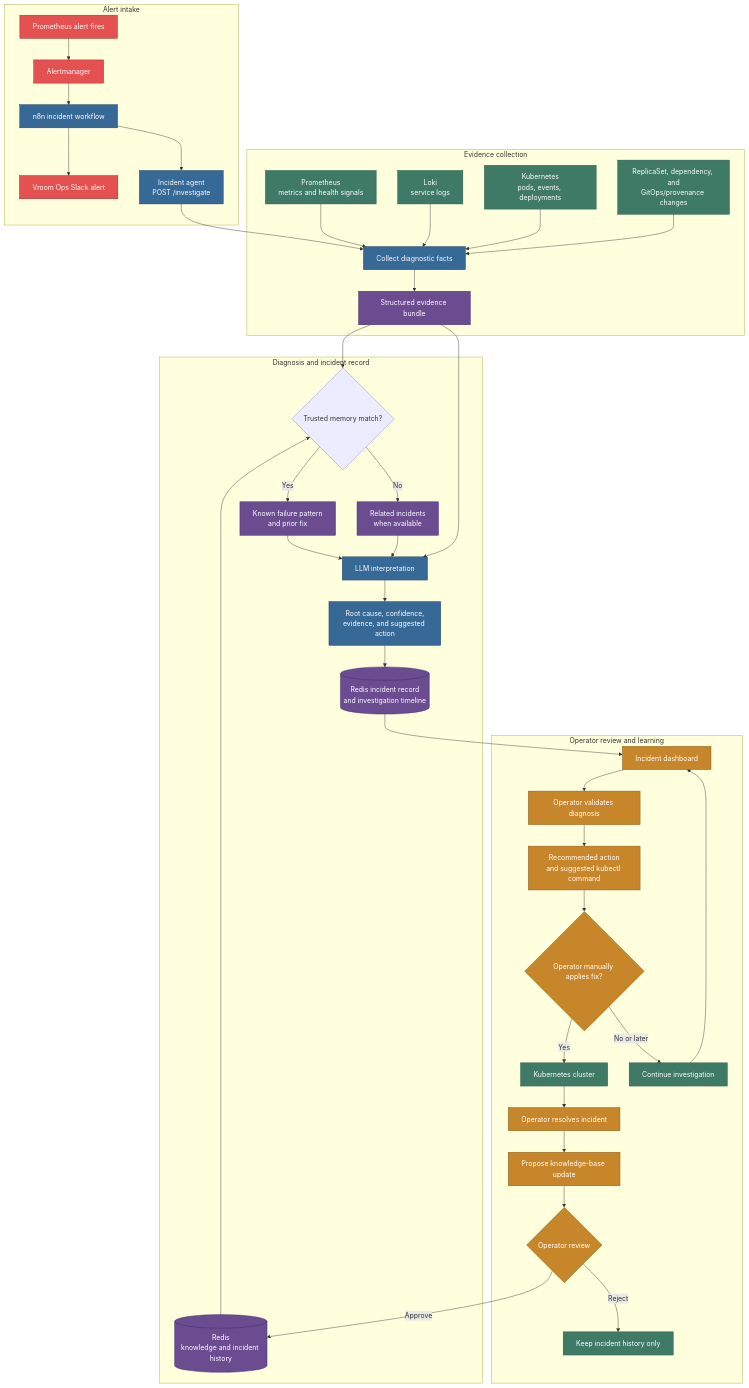
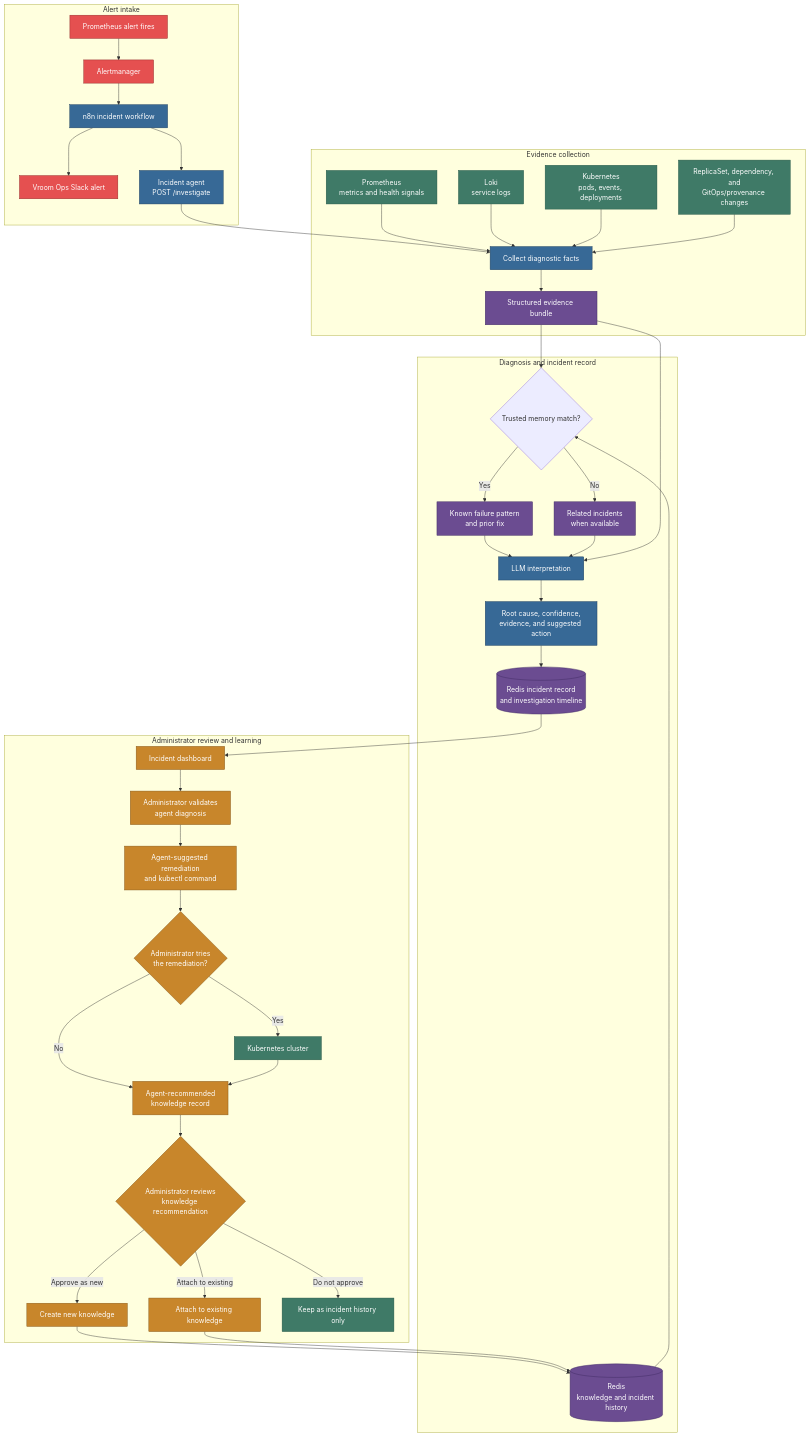
The second of 2 diagrams in README.md (Ama2352/vroom-services), drawn with Mermaid before and after one commit. The commit also changed other lines of this file, not shown here.

Commit message:
docs: update incident diagnosis process and administrator review flow in README.md

````diff
--- a/README.md
+++ b/README.md
@@ -140,57 +141,58 @@
 ```mermaid
 flowchart TB
     subgraph Alerting["Alert intake"]
         Prometheus["Prometheus alert fires"] --> Alertmanager["Alertmanager"]
         Alertmanager --> N8n["n8n incident workflow"]
         N8n --> Slack["Vroom Ops Slack alert"]
         N8n --> Agent["Incident agent<br/>POST /investigate"]
     end
 
     subgraph Evidence["Evidence collection"]
         Agent --> Collect["Collect diagnostic facts"]
         Metrics["Prometheus<br/>metrics and health signals"] --> Collect
         Logs["Loki<br/>service logs"] --> Collect
         Kubernetes["Kubernetes<br/>pods, events, deployments"] --> Collect
         Changes["ReplicaSet, dependency, and<br/>GitOps/provenance changes"] --> Collect
         Collect --> Bundle["Structured evidence bundle"]
     end
 
     subgraph Diagnosis["Diagnosis and incident record"]
         Bundle --> Match{"Trusted memory match?"}
         Redis[("Redis<br/>knowledge and incident history")] --> Match
         Match -->|Yes| Known["Known failure pattern<br/>and prior fix"]
         Match -->|No| Related["Related incidents<br/>when available"]
         Known --> LLM["LLM interpretation"]
         Related --> LLM
         Bundle --> LLM
         LLM --> Result["Root cause, confidence,<br/>evidence, and suggested action"]
         Result --> Record[("Redis incident record<br/>and investigation timeline")]
     end
 
-    subgraph Review["Operator review and learning"]
+    subgraph Review["Administrator review and learning"]
         Record --> Dashboard["Incident dashboard"]
-        Dashboard --> Validate["Operator validates diagnosis"]
-        Validate --> Recommendation["Recommended action<br/>and suggested kubectl command"]
-        Recommendation --> Apply{"Operator manually applies fix?"}
+        Dashboard --> Validate["Administrator validates<br/>agent diagnosis"]
+        Validate --> Recommendation["Agent-suggested remediation<br/>and kubectl command"]
+        Recommendation --> Apply{"Administrator tries<br/>the remediation?"}
         Apply -->|Yes| Cluster["Kubernetes cluster"]
-        Apply -->|No or later| Continue["Continue investigation"]
-        Cluster --> Resolve["Operator resolves incident"]
-        Continue --> Dashboard
-        Resolve --> Suggest["Propose knowledge-base update"]
-        Suggest --> ReviewKnowledge{"Operator review"}
-        ReviewKnowledge -->|Approve| Redis
-        ReviewKnowledge -->|Reject| Archive["Keep incident history only"]
+        Apply -->|No| Suggest["Agent-recommended<br/>knowledge record"]
+        Cluster --> Suggest
+        Suggest --> ReviewKnowledge{"Administrator reviews<br/>knowledge recommendation"}
+        ReviewKnowledge -->|Approve as new| NewKnowledge["Create new knowledge"]
+        ReviewKnowledge -->|Attach to existing| ExistingKnowledge["Attach to existing knowledge"]
+        ReviewKnowledge -->|Do not approve| Archive["Keep as incident history only"]
+        NewKnowledge --> Redis
+        ExistingKnowledge --> Redis
     end
 
     classDef trigger fill:#e55050,stroke:#8c2424,color:#fff
     classDef agent fill:#376996,stroke:#1d3d5c,color:#fff
     classDef data fill:#6b4c91,stroke:#3e2860,color:#fff
     classDef human fill:#c8862b,stroke:#805316,color:#fff
     classDef external fill:#3f7a67,stroke:#205242,color:#fff
 
     class Prometheus,Alertmanager,Slack trigger
     class N8n,Agent,Collect,LLM,Result agent
     class Redis,Record,Bundle,Known,Related data
-    class Dashboard,Validate,Recommendation,Apply,Resolve,Suggest,ReviewKnowledge human
-    class Metrics,Logs,Kubernetes,Changes,Cluster,Continue,Archive external
+    class Dashboard,Validate,Recommendation,Apply,Suggest,ReviewKnowledge,NewKnowledge,ExistingKnowledge human
+    class Metrics,Logs,Kubernetes,Changes,Cluster,Archive external
 ```
````
